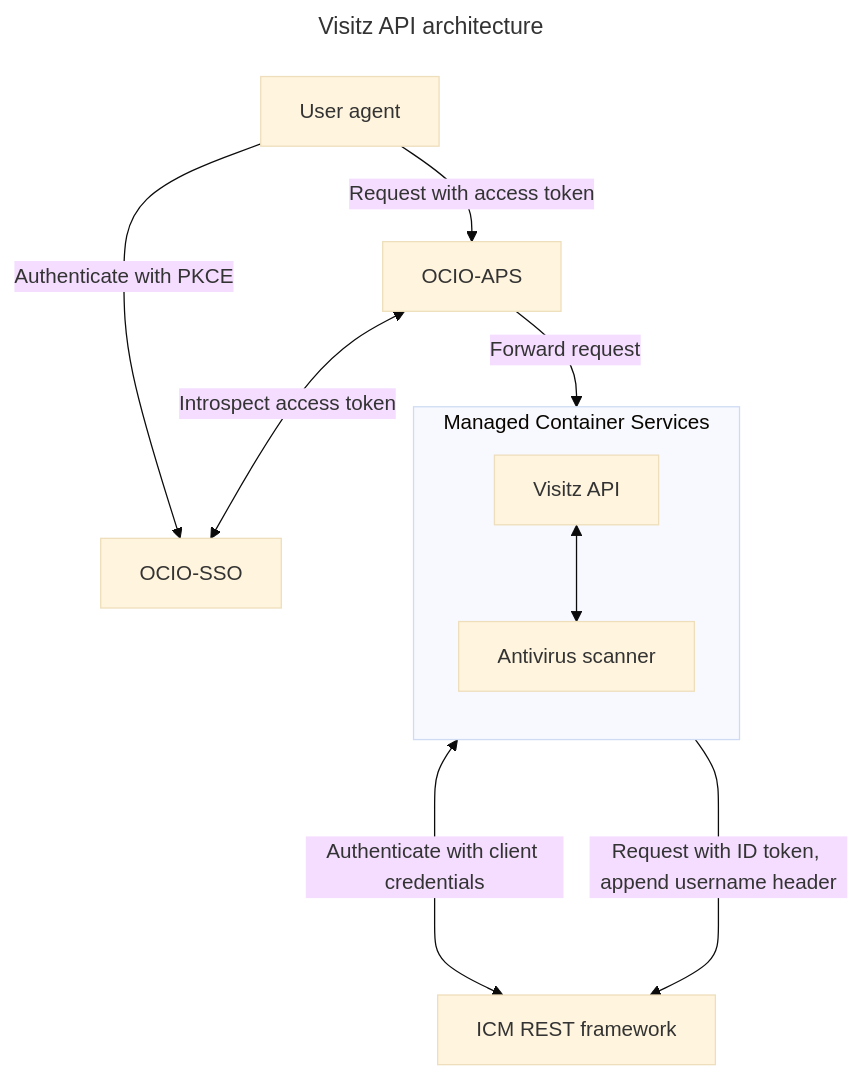
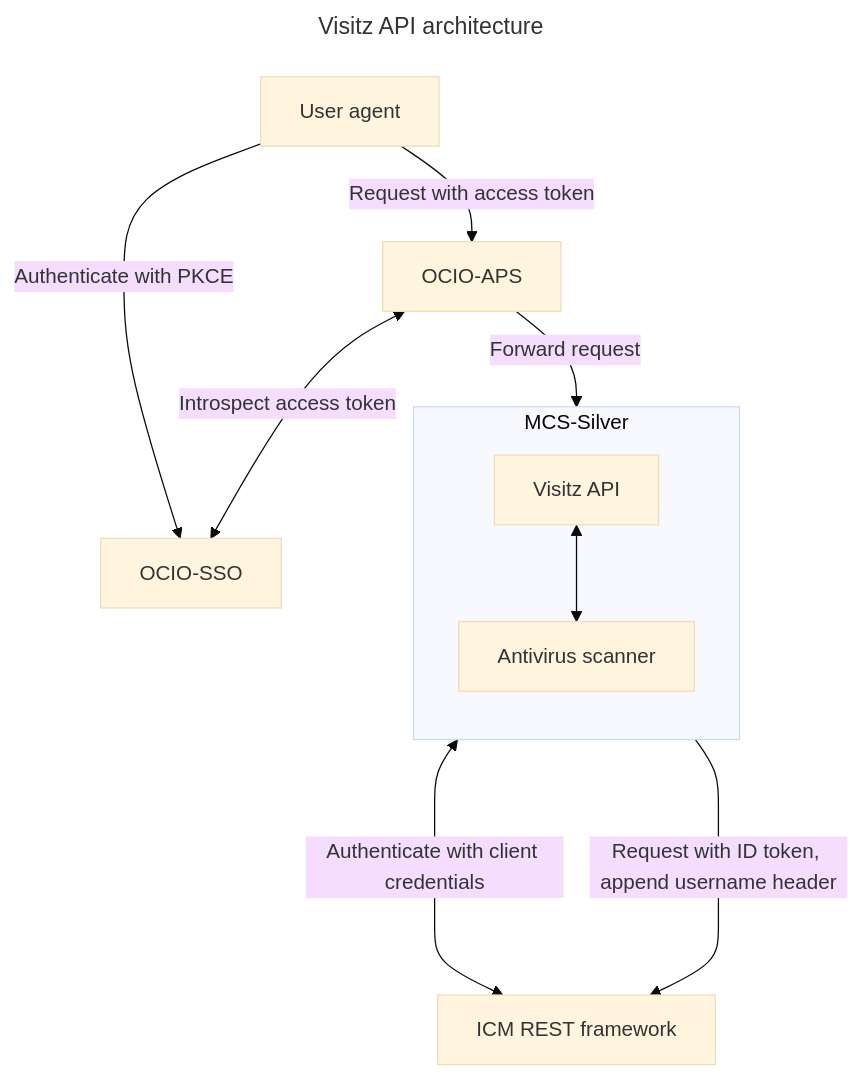
One commit to bcgov/visitz-api changed the diagram in docs/design/architecture.md. Above: the diagram before and after it, drawn with Mermaid (base theme). The commit also changed other lines of this file, not shown here.

Commit message:
Use shorter string for container title
Had line wrapping issues across different renderer versions.

````diff
--- a/docs/design/architecture.md
+++ b/docs/design/architecture.md
@@ -1,26 +1,26 @@
 ```mermaid
 ---
 title: Visitz API architecture
 ---
 flowchart TD
   User[User agent]
   IdBroker[OCIO-SSO]
   RevProxy[OCIO-APS]
   Vpi[Visitz API]
   Av[Antivirus scanner]
   Icm[ICM REST framework]
 
   User --> |Authenticate with PKCE| IdBroker
   User --> |Request with access token| RevProxy
 
   RevProxy <--> |Introspect access token| IdBroker
   RevProxy --> |Forward request| Container
 
-  subgraph Container["Managed Container Services"]
+  subgraph Container["MCS-Silver"]
     direction TB
     Vpi <--> Av
   end
 
   Vpi <--> |Authenticate with client credentials| Icm
   Vpi ----> |Request with ID token, append username header| Icm
 ```
````
